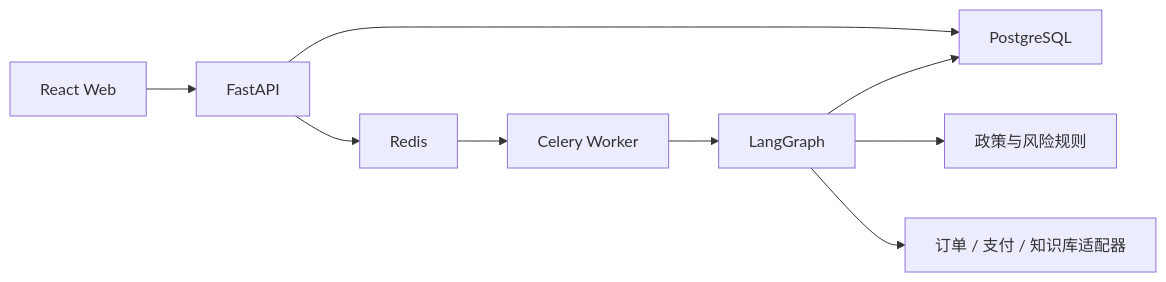
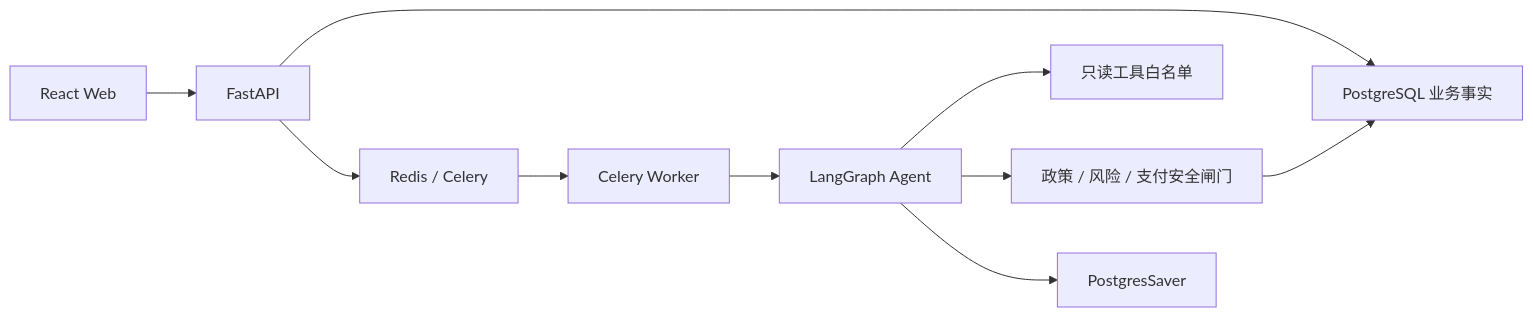
One commit to alanwhy/refund-agent changed the diagram in README.md. Above: the diagram before and after it, drawn with Mermaid. The commit also changed other lines of this file and 1 other file, not shown here.

Commit message:
docs: explain agent runtime and local operation

````diff
--- a/README.md
+++ b/README.md
@@ -22,11 +17,12 @@
-~~~mermaid
+```mermaid
 flowchart LR
     WEB["React Web"] --> API["FastAPI"]
-    API --> PG["PostgreSQL"]
-    API --> REDIS["Redis"]
+    API --> PG["PostgreSQL 业务事实"]
+    API --> REDIS["Redis / Celery"]
     REDIS --> WORKER["Celery Worker"]
-    WORKER --> GRAPH["LangGraph"]
-    GRAPH --> RULES["政策与风险规则"]
-    GRAPH --> MOCKS["订单 / 支付 / 知识库适配器"]
-    GRAPH --> PG
-~~~
+    WORKER --> GRAPH["LangGraph Agent"]
+    GRAPH --> TOOLS["只读工具白名单"]
+    GRAPH --> RULES["政策 / 风险 / 支付安全闸门"]
+    GRAPH --> CHECKPOINT["PostgresSaver"]
+    RULES --> PG
+```
````
